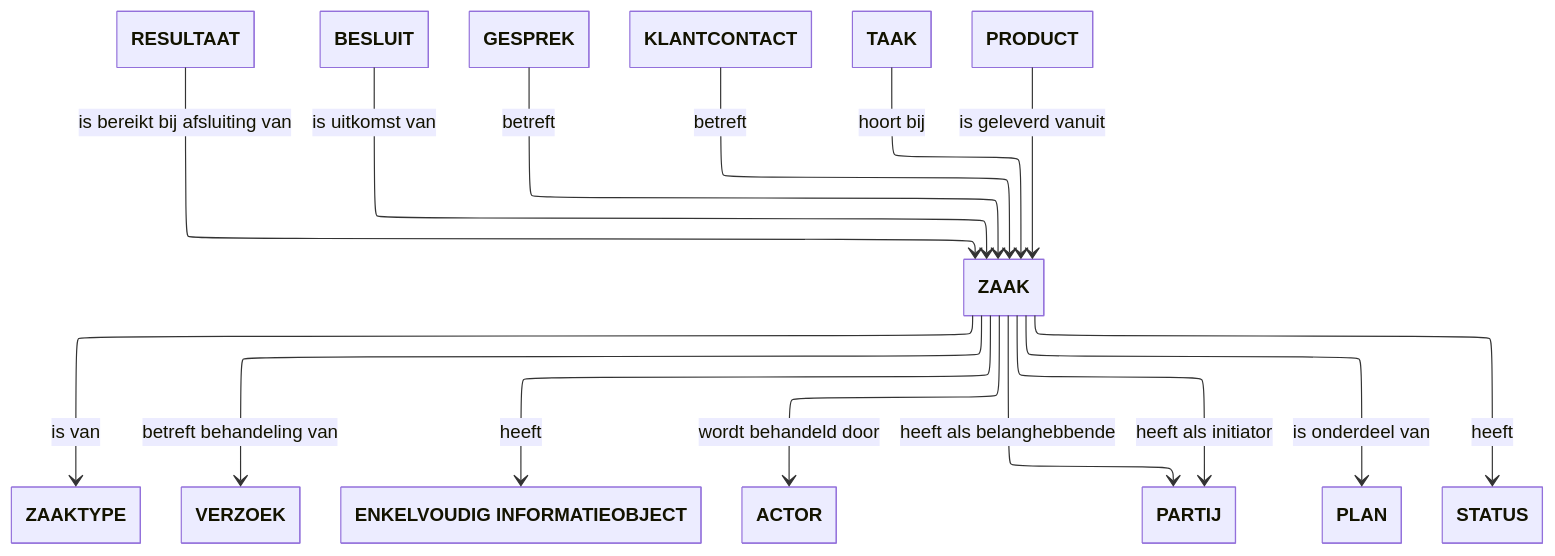
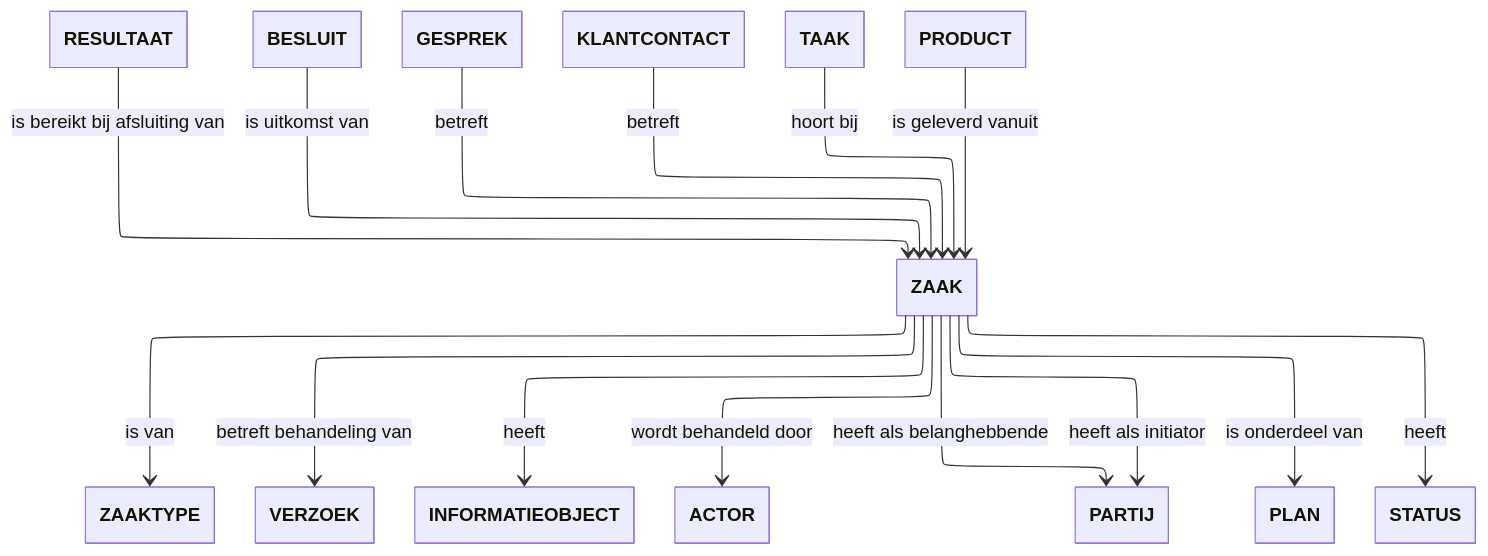
One commit to VNG-Realisatie/mijn-services-documentatie changed the diagram in docs/mijn-services/bouwstenen/mijn-zaken/index.md. Above: the diagram before and after it, drawn with Mermaid. The commit also changed other lines of this file, not shown here.

Commit message:
ENKELVOUDIG verwijderd

````diff
--- a/docs/mijn-services/bouwstenen/mijn-zaken/index.md
+++ b/docs/mijn-services/bouwstenen/mijn-zaken/index.md
@@ -44,39 +44,39 @@
 ```mermaid
 ---
 config:
   layout: elk
   class:
     hideEmptyMembersBox: true
 ---
 classDiagram
 direction TB
     class ZAAK
     class RESULTAAT
     class BESLUIT
     class GESPREK
     class KLANTCONTACT
     class ZAAKTYPE
     class VERZOEK
     class TAAK
-    class ENKINFOOBJ["ENKELVOUDIG INFORMATIEOBJECT"]
+    class ENKINFOOBJ["INFORMATIEOBJECT"]
     class PRODUCT
     class ACTOR
     class PARTIJ
     class PLAN
     class STATUS
 
     RESULTAAT --> ZAAK : is bereikt bij afsluiting van
     BESLUIT --> ZAAK : is uitkomst van
     GESPREK --> ZAAK : betreft
     KLANTCONTACT --> ZAAK : betreft
     PRODUCT --> ZAAK : is geleverd vanuit
     ZAAK --> STATUS : heeft
     TAAK --> ZAAK : hoort bij
     ZAAK --> ZAAKTYPE : is van
     ZAAK --> VERZOEK : betreft behandeling van
     ZAAK --> ENKINFOOBJ : heeft
     ZAAK --> ACTOR : wordt behandeld door
     ZAAK --> PARTIJ : heeft als initiator
     ZAAK --> PARTIJ : heeft als belanghebbende
     ZAAK --> PLAN : is onderdeel van
 ```
````
